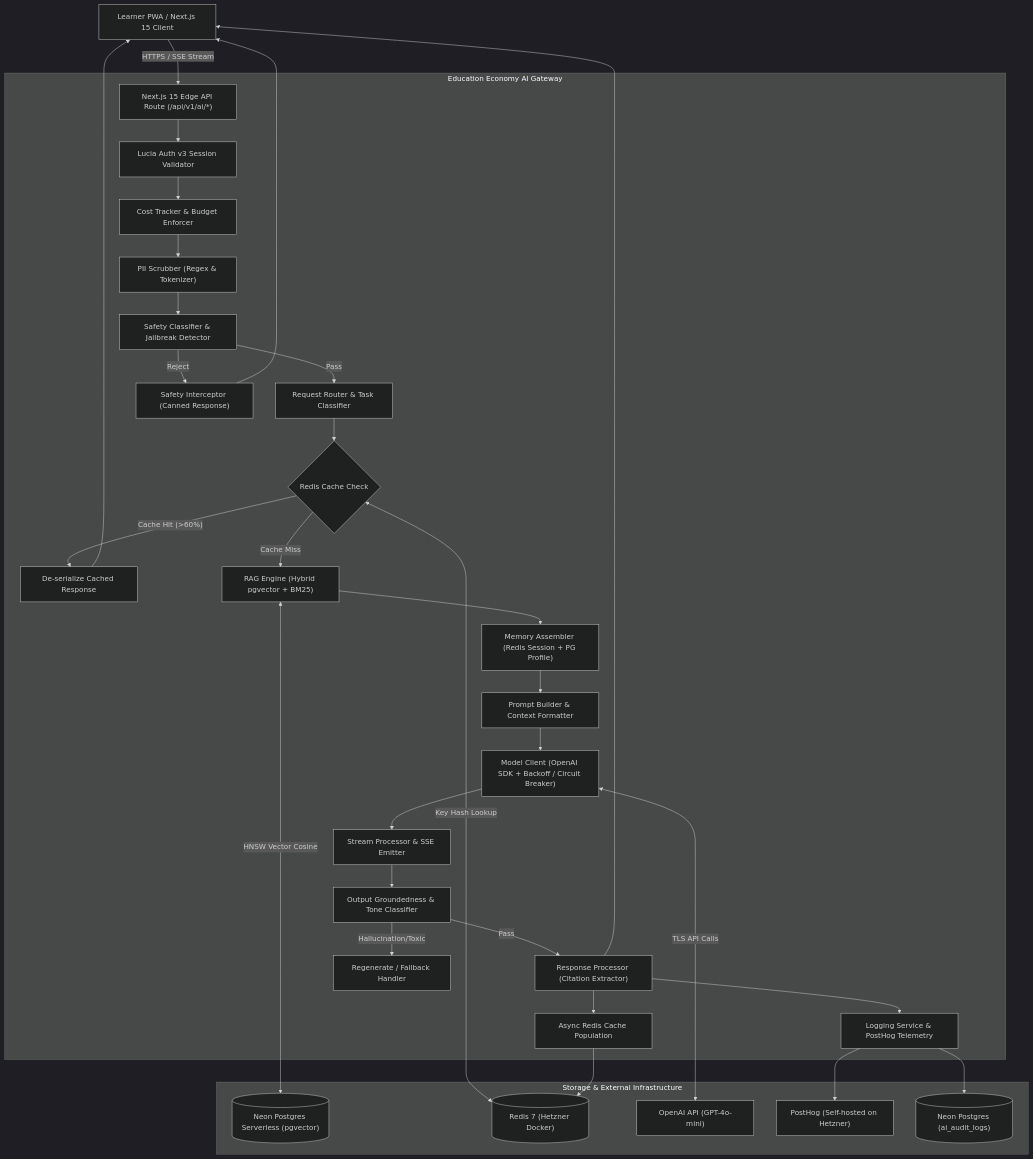
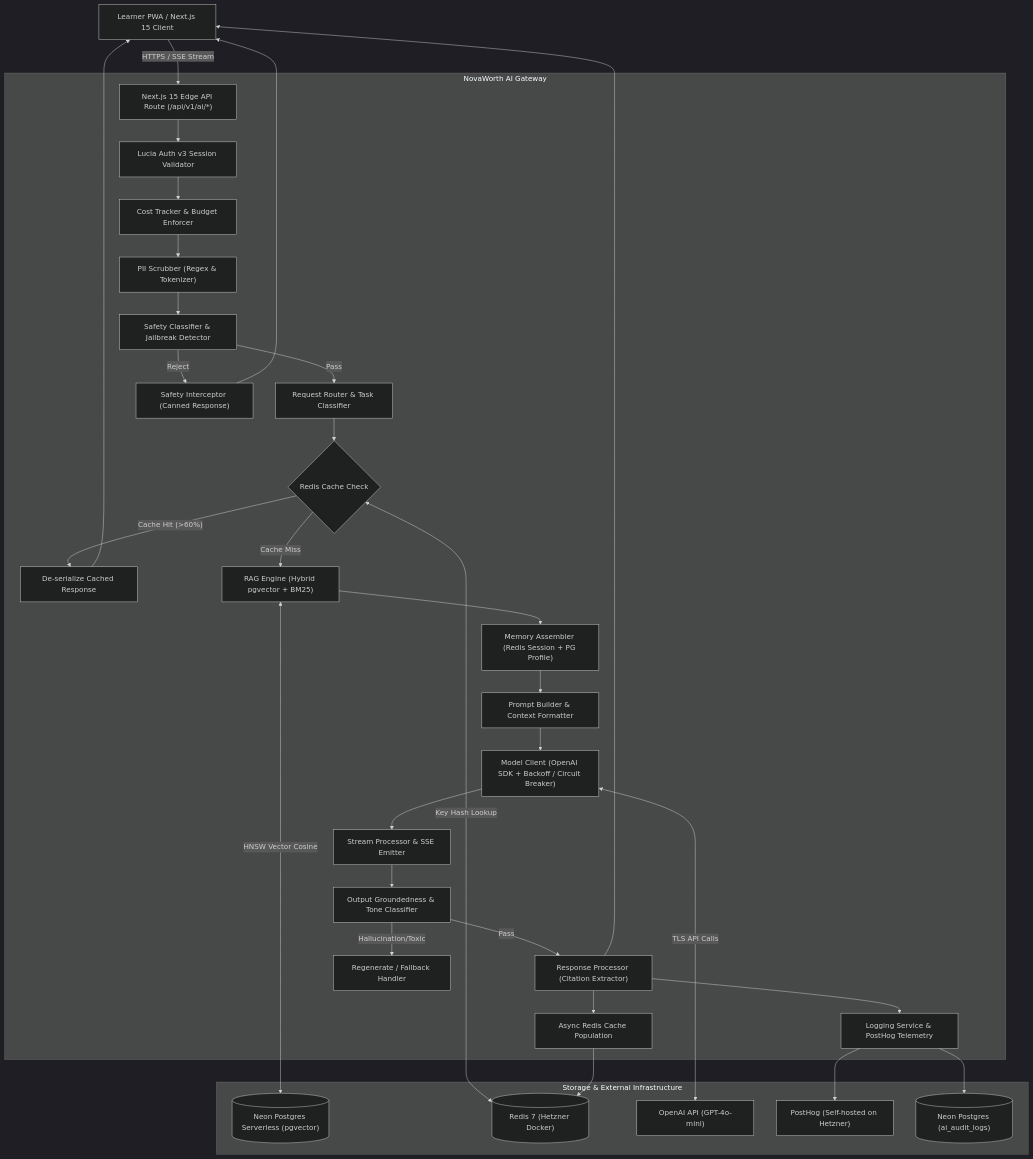
Before and after one commit to SAIBALKUMAR/NovaWorth: the first of 7 diagrams in docs/15-lld/05-ai-gateway.md, drawn with Mermaid (dark theme). The commit also changed other lines of this file and 46 other files, not shown here.

Commit message:
Rebrand to NovaWorth (company/app name; domain novaworth.ai)

````diff
--- a/docs/15-lld/05-ai-gateway.md
+++ b/docs/15-lld/05-ai-gateway.md
@@ -47,44 +47,44 @@
 ```mermaid
 graph TD
     Client["Learner PWA / Next.js 15 Client"] -->|"HTTPS / SSE Stream"| Ingress["Next.js 15 Edge API Route (/api/v1/ai/*)"]
     
-    subgraph Gateway["Education Economy AI Gateway"]
+    subgraph Gateway["NovaWorth AI Gateway"]
         Ingress --> Auth["Lucia Auth v3 Session Validator"]
         Auth --> CostGuard["Cost Tracker & Budget Enforcer"]
         CostGuard --> PII["PII Scrubber (Regex & Tokenizer)"]
         PII --> InputGuard["Safety Classifier & Jailbreak Detector"]
         
         InputGuard -->|"Pass"| Router["Request Router & Task Classifier"]
         InputGuard -->|"Reject"| ErrBlock["Safety Interceptor (Canned Response)"]
         
         Router --> CacheLookup{"Redis Cache Check"}
         CacheLookup -->|"Cache Hit (>60%)"| CacheReturn["De-serialize Cached Response"]
         CacheLookup -->|"Cache Miss"| RAGFlow["RAG Engine (Hybrid pgvector + BM25)"]
         
         RAGFlow --> MemAssembler["Memory Assembler (Redis Session + PG Profile)"]
         MemAssembler --> PromptBuild["Prompt Builder & Context Formatter"]
         
         PromptBuild --> ModelClient["Model Client (OpenAI SDK + Backoff / Circuit Breaker)"]
         ModelClient --> StreamHandler["Stream Processor & SSE Emitter"]
         
         StreamHandler --> OutputGuard["Output Groundedness & Tone Classifier"]
         OutputGuard -->|"Pass"| PostProcess["Response Processor (Citation Extractor)"]
         OutputGuard -->|"Hallucination/Toxic"| Regrow["Regenerate / Fallback Handler"]
         
         PostProcess --> CacheWriter["Async Redis Cache Population"]
         PostProcess --> LogService["Logging Service & PostHog Telemetry"]
     end
     
     CacheReturn --> Client
     PostProcess --> Client
     ErrBlock --> Client
     
     subgraph Storage["Storage & External Infrastructure"]
         RAGFlow <-->|"HNSW Vector Cosine"| NeonPG[("Neon Postgres Serverless (pgvector)")]
         CacheLookup <-->|"Key Hash Lookup"| RedisCache[("Redis 7 (Hetzner Docker)")]
         CacheWriter --> RedisCache
         ModelClient <-->|"TLS API Calls"| OpenAI["OpenAI API (GPT-4o-mini)"]
         LogService --> PostHog["PostHog (Self-hosted on Hetzner)"]
         LogService --> PGLogs[("Neon Postgres (ai_audit_logs)")]
     end
 ```
````
